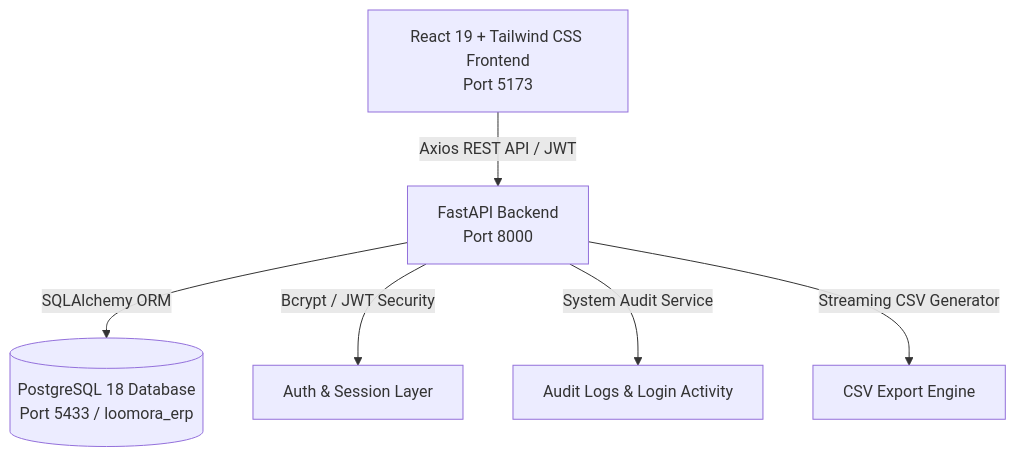
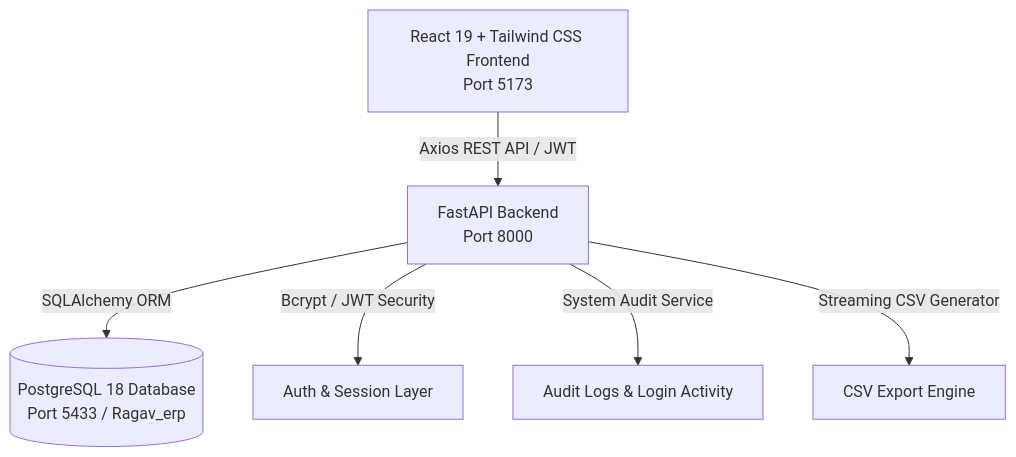
One commit to Anushree-112005/Ragav-Handloom changed the diagram in README.md. Above: the diagram before and after it, drawn with Mermaid. The commit also changed other lines of this file, not shown here.

````diff
--- a/README.md
+++ b/README.md
@@ -9,8 +9,8 @@
 ```mermaid
 graph TD
     A[React 19 + Tailwind CSS Frontend\nPort 5173] -->|Axios REST API / JWT| B[FastAPI Backend\nPort 8000]
-    B -->|SQLAlchemy ORM| C[(PostgreSQL 18 Database\nPort 5433 / loomora_erp)]
+    B -->|SQLAlchemy ORM| C[(PostgreSQL 18 Database\nPort 5433 / Ragav_erp)]
     B -->|Bcrypt / JWT Security| D[Auth & Session Layer]
     B -->|System Audit Service| E[Audit Logs & Login Activity]
     B -->|Streaming CSV Generator| F[CSV Export Engine]
 ```
````
